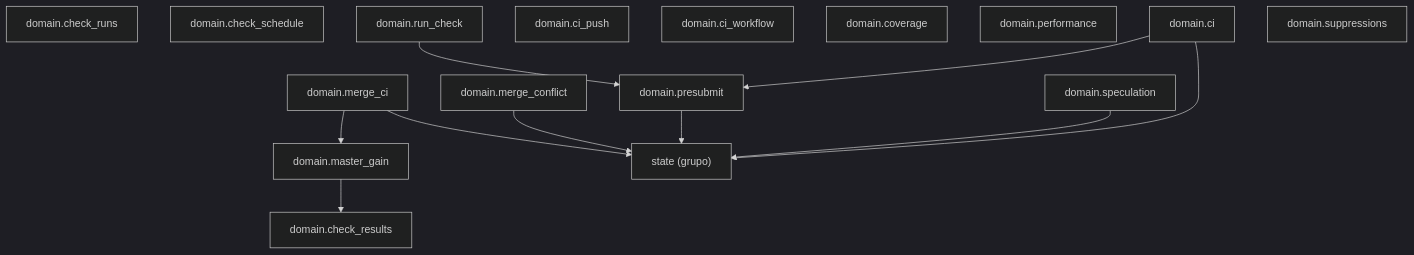
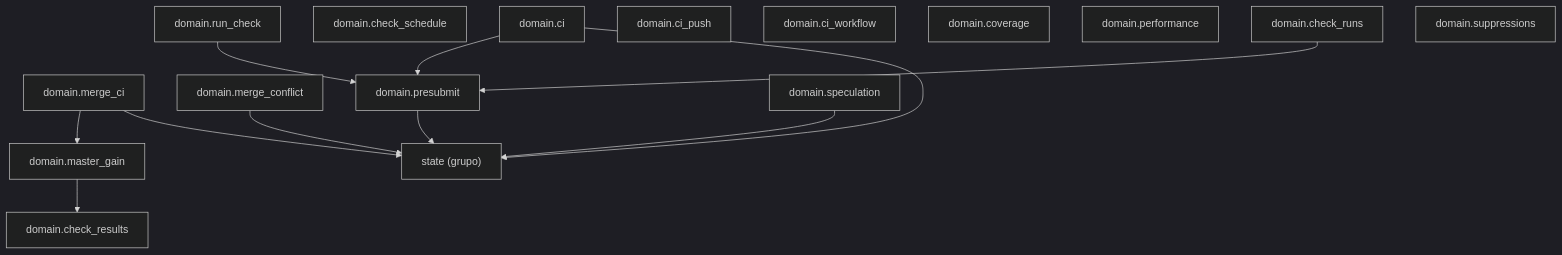
The diagram in docs/architecture/generated/packages-process-domain-checks.md (GonzaloZevallos/agentic-system), drawn with Mermaid (dark theme) before and after one commit. The commit also changed 10 other files, not shown here.

Commit message:
Regenerate the architecture docs for the check-run log

````diff
--- a/docs/architecture/generated/packages-process-domain-checks.md
+++ b/docs/architecture/generated/packages-process-domain-checks.md
@@ -11,28 +11,29 @@
 ```mermaid
 graph TD
     g_domain__state["state (grupo)"]
     m_domain__check_results["domain.check_results"]
     m_domain__check_runs["domain.check_runs"]
     m_domain__check_schedule["domain.check_schedule"]
     m_domain__ci["domain.ci"]
     m_domain__ci_push["domain.ci_push"]
     m_domain__ci_workflow["domain.ci_workflow"]
     m_domain__coverage["domain.coverage"]
     m_domain__master_gain["domain.master_gain"]
     m_domain__merge_ci["domain.merge_ci"]
     m_domain__merge_conflict["domain.merge_conflict"]
     m_domain__performance["domain.performance"]
     m_domain__presubmit["domain.presubmit"]
     m_domain__run_check["domain.run_check"]
     m_domain__speculation["domain.speculation"]
     m_domain__suppressions["domain.suppressions"]
+    m_domain__check_runs --> m_domain__presubmit
     m_domain__ci --> g_domain__state
     m_domain__ci --> m_domain__presubmit
     m_domain__master_gain --> m_domain__check_results
     m_domain__merge_ci --> g_domain__state
     m_domain__merge_ci --> m_domain__master_gain
     m_domain__merge_conflict --> g_domain__state
     m_domain__presubmit --> g_domain__state
     m_domain__run_check --> m_domain__presubmit
     m_domain__speculation --> g_domain__state
 ```
````
